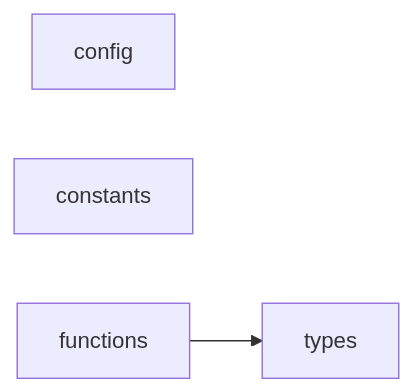
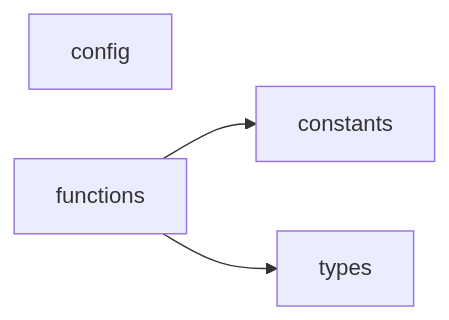
The diagram in src/core/DEPS.md (OJII3/vicissitude), drawn with Mermaid before and after one commit. The commit also changed other lines of this file and 18 other files, not shown here.

````diff
--- a/src/core/DEPS.md
+++ b/src/core/DEPS.md
@@ -7,7 +7,8 @@
 ```mermaid
 graph LR
   config
   constants
+  functions --> constants
   functions --> types
   types
 ```
````
